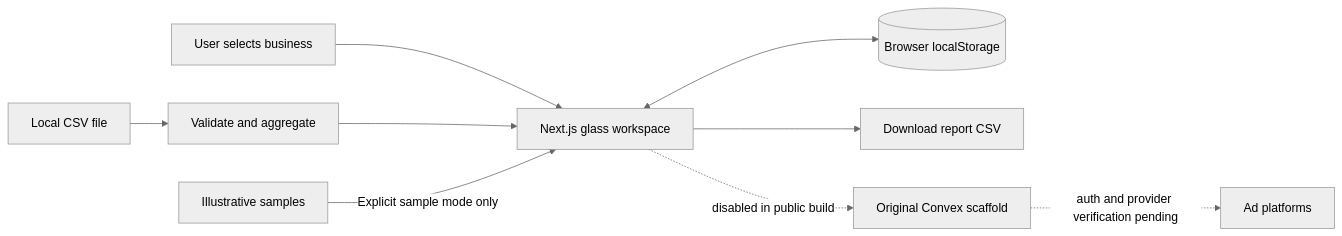
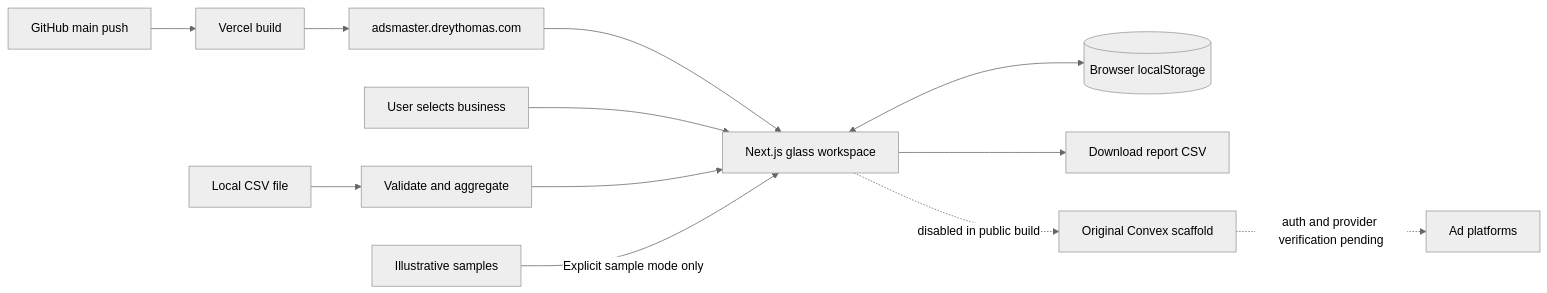
The diagram in docs/diagrams/workspace.mmd (Dreydrey9000/ads-master), drawn with Mermaid (neutral theme) before and after one commit. The commit also changed 2 other files, not shown here.

Commit message:
Document Adsmaster domain and automatic Git deployments

```diff
--- a/docs/diagrams/workspace.mmd
+++ b/docs/diagrams/workspace.mmd
@@ -1,9 +1,12 @@
 flowchart LR
+  Git[GitHub main push] --> Build[Vercel build]
+  Build --> Host[adsmaster.dreythomas.com]
+  Host --> UI
   User[User selects business] --> UI[Next.js glass workspace]
   CSV[Local CSV file] --> Validate[Validate and aggregate]
   Validate --> UI
   UI <--> Storage[(Browser localStorage)]
   UI --> Export[Download report CSV]
   Sample[Illustrative samples] -->|Explicit sample mode only| UI
   UI -. disabled in public build .-> Convex[Original Convex scaffold]
   Convex -. auth and provider verification pending .-> Providers[Ad platforms]
```
